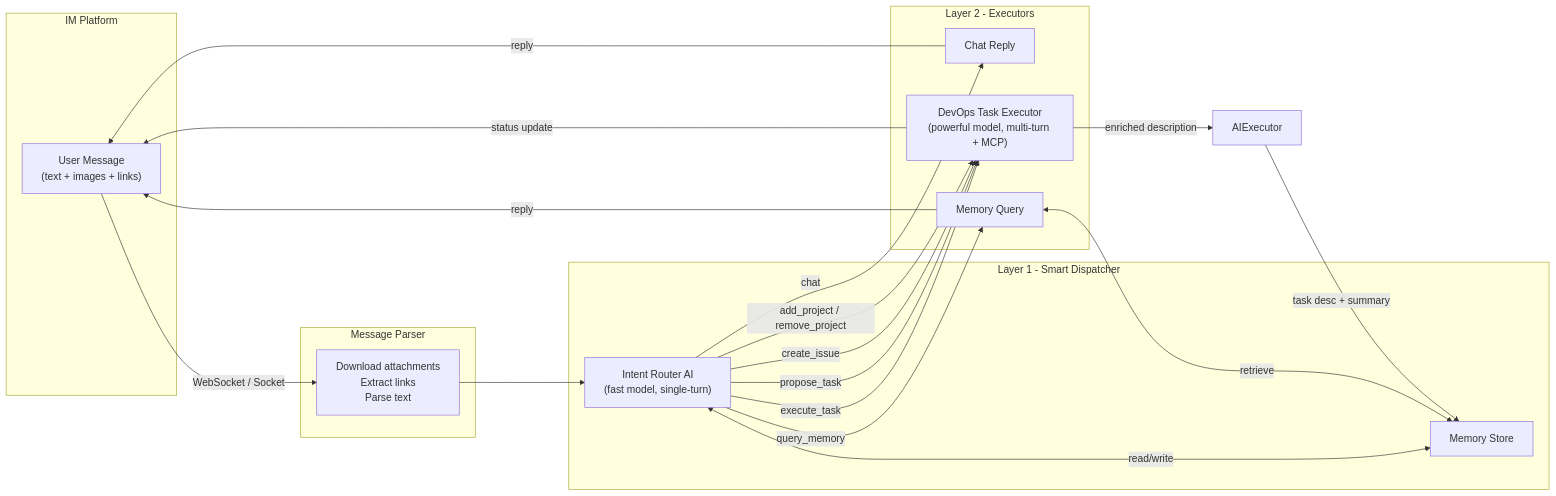
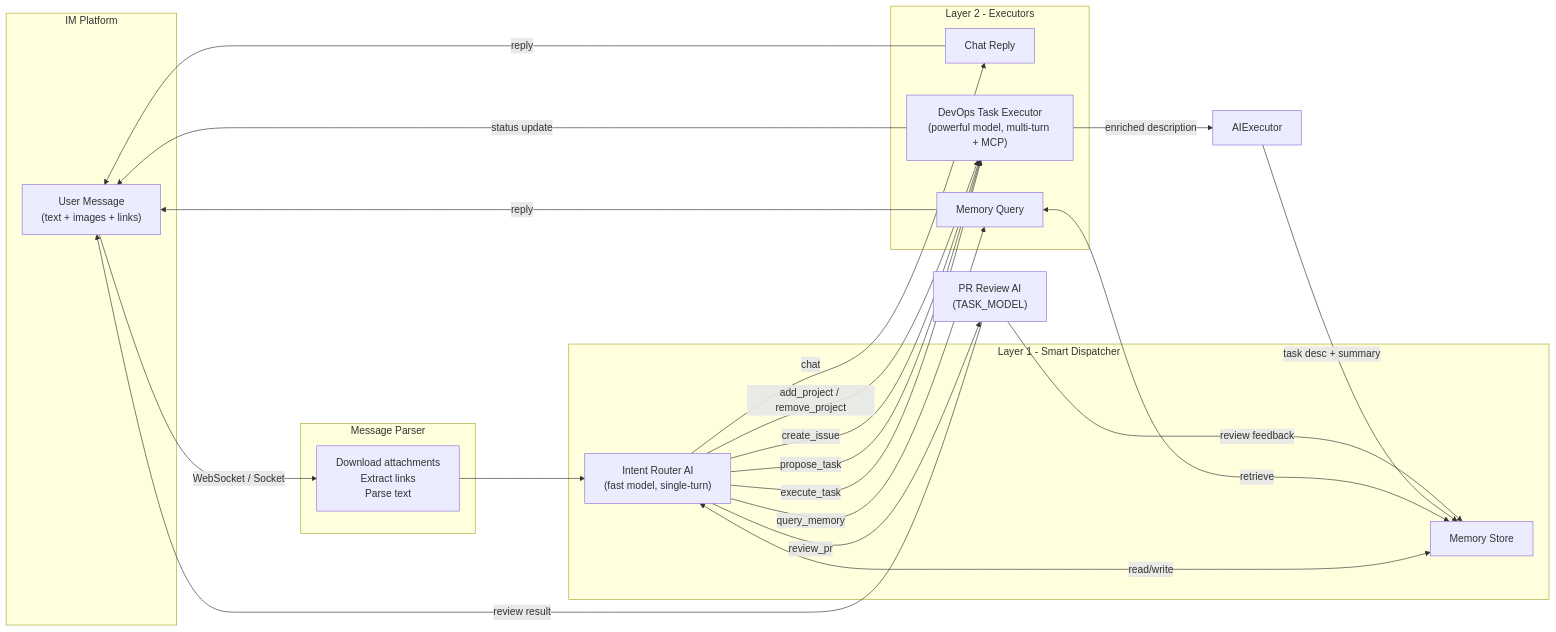
The first of 3 diagrams in README.md (xxxxxccc/devops-bot), drawn with Mermaid before and after one commit. The commit also changed other lines of this file and 3 other files, not shown here.

First line of the commit message:
Enhance PR review capabilities and memory management

````diff
--- a/README.md
+++ b/README.md
@@ -15,37 +15,40 @@
 ```mermaid
 flowchart LR
     subgraph im [IM Platform]
         Msg["User Message\n(text + images + links)"]
     end
 
     subgraph parse [Message Parser]
         Parser["Download attachments\nExtract links\nParse text"]
     end
 
     subgraph layer1 [Layer 1 - Smart Dispatcher]
         Router["Intent Router AI\n(fast model, single-turn)"]
         Memory["Memory Store"]
     end
 
     subgraph layer2 [Layer 2 - Executors]
         ChatReply["Chat Reply"]
         MemoryQuery["Memory Query"]
         TaskExec["DevOps Task Executor\n(powerful model, multi-turn + MCP)"]
     end
 
     Msg -->|"WebSocket / Socket"| Parser
     Parser --> Router
     Router -->|"chat"| ChatReply
     Router -->|"query_memory"| MemoryQuery
     Router -->|"execute_task"| TaskExec
     Router -->|"propose_task"| TaskExec
     Router -->|"create_issue"| TaskExec
+    Router -->|"review_pr"| ReviewAI["PR Review AI\n(TASK_MODEL)"]
     Router -->|"add_project / remove_project"| TaskExec
     Router <-->|"read/write"| Memory
     MemoryQuery <-->|"retrieve"| Memory
     TaskExec -->|"enriched description"| Executor["AIExecutor"]
     ChatReply -->|"reply"| Msg
     MemoryQuery -->|"reply"| Msg
     TaskExec -->|"status update"| Msg
     Executor -->|"task desc + summary"| Memory
+    ReviewAI -->|"review result"| Msg
+    ReviewAI -->|"review feedback"| Memory
 ```
````
